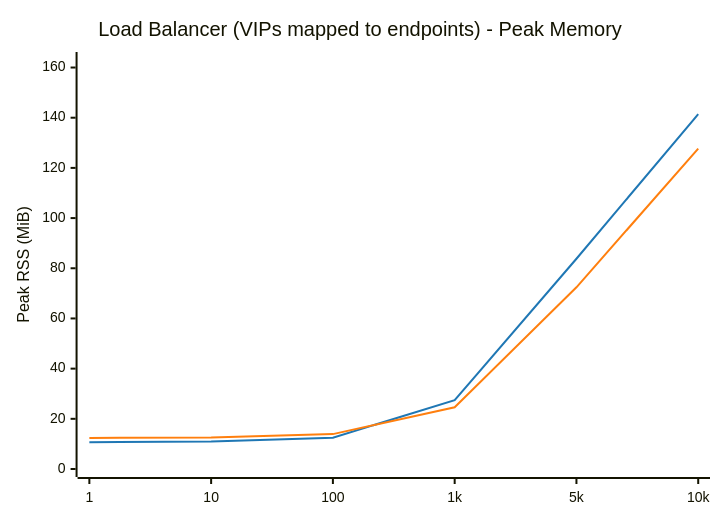
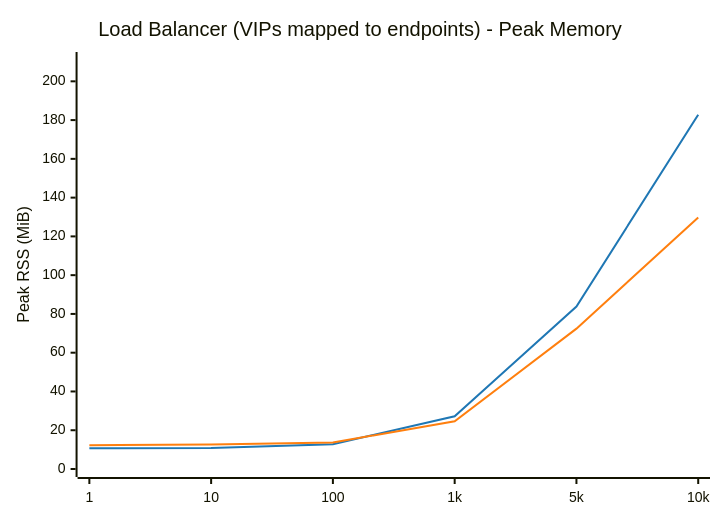
One commit to LionelJouin/ovs-ovn-bench changed the tenth of 14 diagrams in results/BENCHMARK_REPORT.md. Above: the diagram before and after it, drawn with Mermaid. The commit also changed other lines of this file and 4 other files, not shown here.

````diff
--- a/results/BENCHMARK_REPORT.md
+++ b/results/BENCHMARK_REPORT.md
@@ -486,14 +492,14 @@
 ```mermaid
 ---
 config:
     themeVariables:
         xyChart:
             plotColorPalette: "#1f77b4, #ff7f0e"
 ---
 xychart-beta
     title "Load Balancer (VIPs mapped to endpoints) - Peak Memory"
     x-axis ["1", "10", "100", "1k", "5k", "10k"]
-    y-axis "Peak RSS (MiB)" 0 --> 163
-    line "glibc malloc" [10.7, 11.0, 12.5, 27.4, 83.8, 141.4]
-    line "jemalloc" [12.4, 12.6, 13.9, 24.6, 72.4, 127.7]
+    y-axis "Peak RSS (MiB)" 0 --> 211
+    line "glibc malloc" [10.7, 10.8, 12.8, 27.2, 83.8, 182.8]
+    line "jemalloc" [12.3, 12.7, 13.7, 24.6, 72.4, 129.7]
 ```
````
